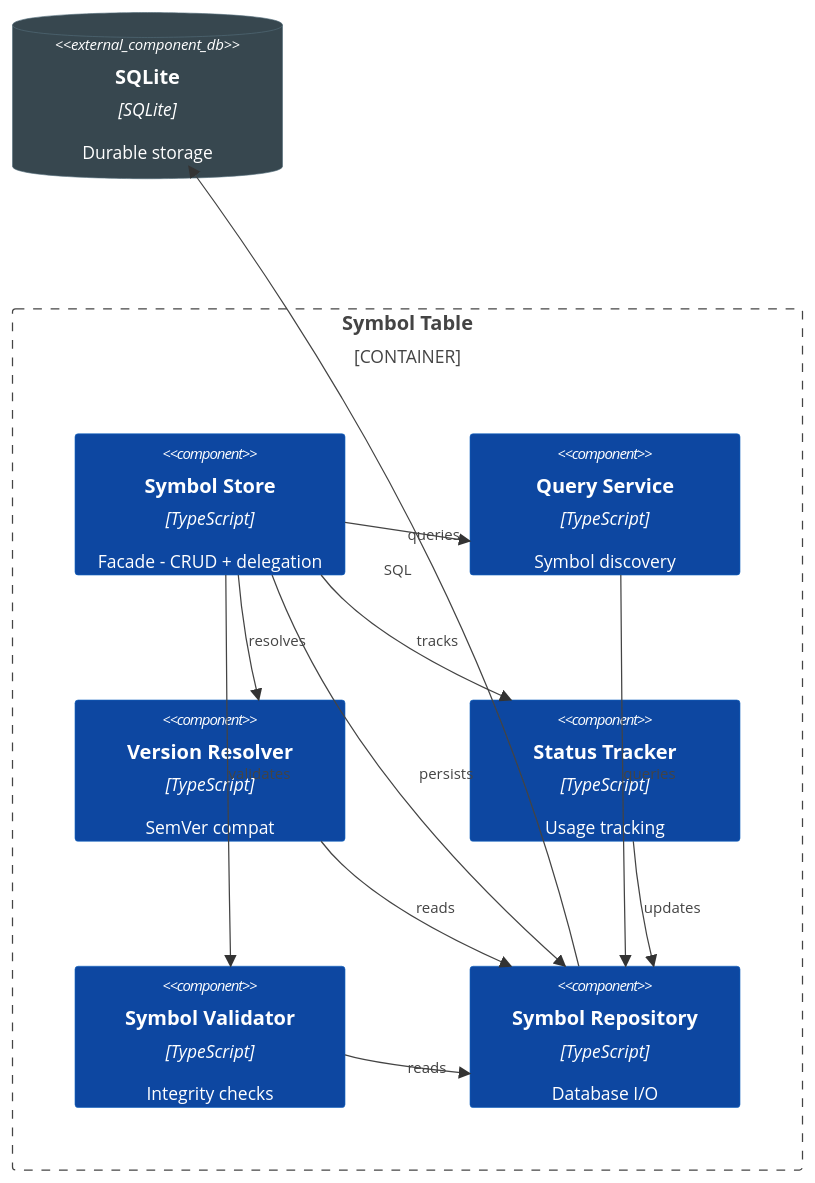
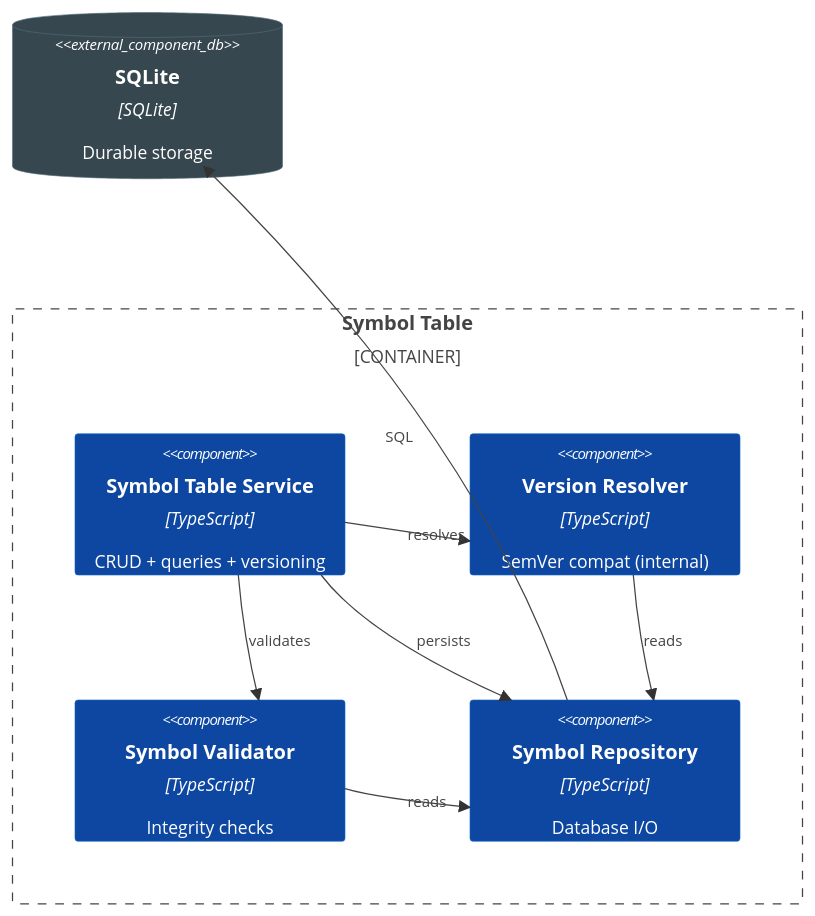
The first of 2 diagrams in docs/c4/symbol-table.md (louipr/cyrus-code), drawn with Mermaid before and after one commit. The commit also changed other lines of this file and 11 other files, not shown here.

First line of the commit message:
refactor: merge SymbolQueryService into SymbolTableService

````diff
--- a/docs/c4/symbol-table.md
+++ b/docs/c4/symbol-table.md
@@ -5,32 +5,24 @@
 ```mermaid
 C4Component
     Container_Boundary(st, "Symbol Table") {
-        Component(store, "Symbol Store", "TypeScript", "Facade - CRUD + delegation")
-        Component(query, "Query Service", "TypeScript", "Symbol discovery")
-        Component(version, "Version Resolver", "TypeScript", "SemVer compat")
-        Component(status, "Status Tracker", "TypeScript", "Usage tracking")
+        Component(store, "Symbol Table Service", "TypeScript", "CRUD + queries + versioning")
+        Component(version, "Version Resolver", "TypeScript", "SemVer compat (internal)")
         Component(validator, "Symbol Validator", "TypeScript", "Integrity checks")
         Component(persist, "Symbol Repository", "TypeScript", "Database I/O")
     }
 
     ComponentDb_Ext(db, "SQLite", "SQLite", "Durable storage")
 
-    Rel(store, query, "queries")
     Rel(store, version, "resolves")
-    Rel(store, status, "tracks")
     Rel(store, validator, "validates")
     Rel(store, persist, "persists")
-    Rel(query, persist, "queries")
     Rel(version, persist, "reads")
-    Rel(status, persist, "updates")
     Rel(validator, persist, "reads")
     Rel(persist, db, "SQL")
 
     UpdateElementStyle(store, $bgColor="#0d47a1", $fontColor="#ffffff", $borderColor="#1565c0")
-    UpdateElementStyle(query, $bgColor="#0d47a1", $fontColor="#ffffff", $borderColor="#1565c0")
     UpdateElementStyle(version, $bgColor="#0d47a1", $fontColor="#ffffff", $borderColor="#1565c0")
-    UpdateElementStyle(status, $bgColor="#0d47a1", $fontColor="#ffffff", $borderColor="#1565c0")
     UpdateElementStyle(validator, $bgColor="#0d47a1", $fontColor="#ffffff", $borderColor="#1565c0")
     UpdateElementStyle(persist, $bgColor="#0d47a1", $fontColor="#ffffff", $borderColor="#1565c0")
     UpdateElementStyle(db, $bgColor="#37474f", $fontColor="#ffffff", $borderColor="#546e7a")
 ```
````
